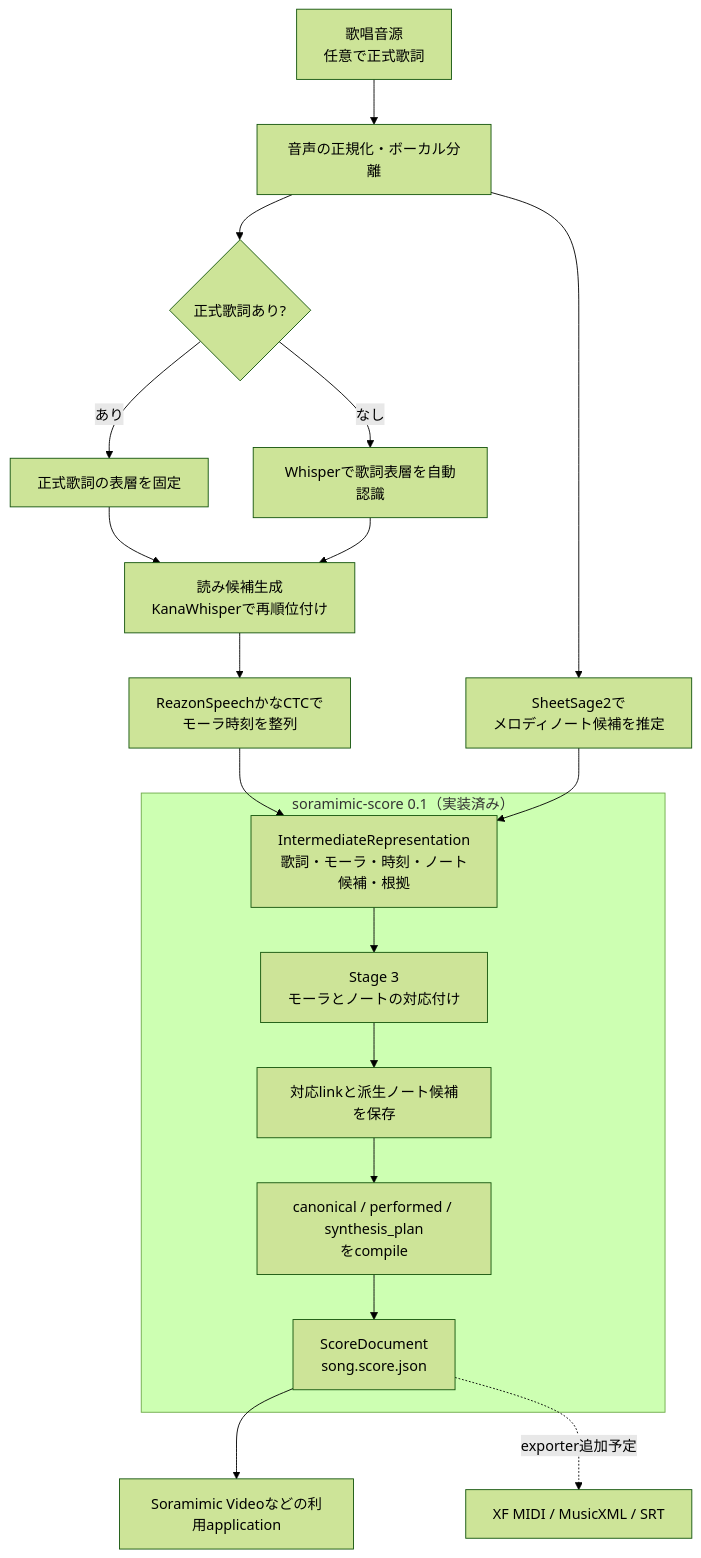
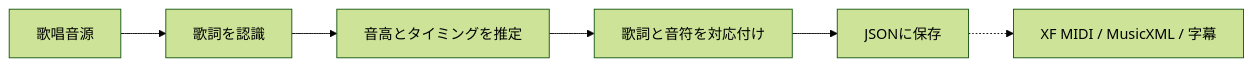
The diagram in README.md (jiroshimaya/soramimic-score), drawn with Mermaid (forest theme) before and after one commit. The commit also changed other lines of this file, not shown here.

````diff
--- a/README.md
+++ b/README.md
@@ -14,25 +10,8 @@
 ```mermaid
-flowchart TD
-    A["歌唱音源<br/>任意で正式歌詞"] --> B["音声の正規化・ボーカル分離"]
-    B --> C{"正式歌詞あり?"}
-    C -- あり --> D["正式歌詞の表層を固定"]
-    C -- なし --> E["Whisperで歌詞表層を自動認識"]
-    D --> F["読み候補生成<br/>KanaWhisperで再順位付け"]
-    E --> F
-    F --> G["ReazonSpeechかなCTCで<br/>モーラ時刻を整列"]
-    B --> H["SheetSage2で<br/>メロディノート候補を推定"]
-
-    subgraph CURRENT["soramimic-score 0.1（実装済み）"]
-        I["IntermediateRepresentation<br/>歌詞・モーラ・時刻・ノート候補・根拠"]
-        J["Stage 3<br/>モーラとノートの対応付け"]
-        K["対応linkと派生ノート候補を保存"]
-        L["canonical / performed / synthesis_plan<br/>をcompile"]
-        M["ScoreDocument<br/>song.score.json"]
-        I --> J --> K --> L --> M
-    end
-
-    G --> I
-    H --> I
-    M --> N["Soramimic Videoなどの利用application"]
-    M -.->|exporter追加予定| O["XF MIDI / MusicXML / SRT"]
+flowchart LR
+    A["歌唱音源"] --> B["歌詞を認識"]
+    B --> C["音高とタイミングを推定"]
+    C --> D["歌詞と音符を対応付け"]
+    D --> E["JSONに保存"]
+    E -.-> F["XF MIDI / MusicXML / 字幕"]
 ```
````
